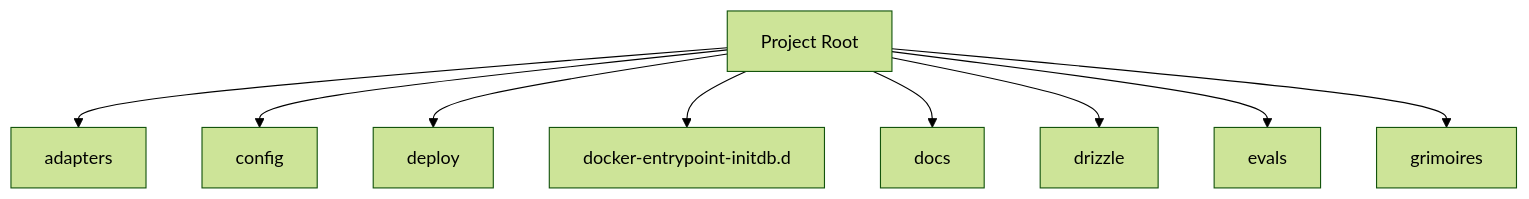
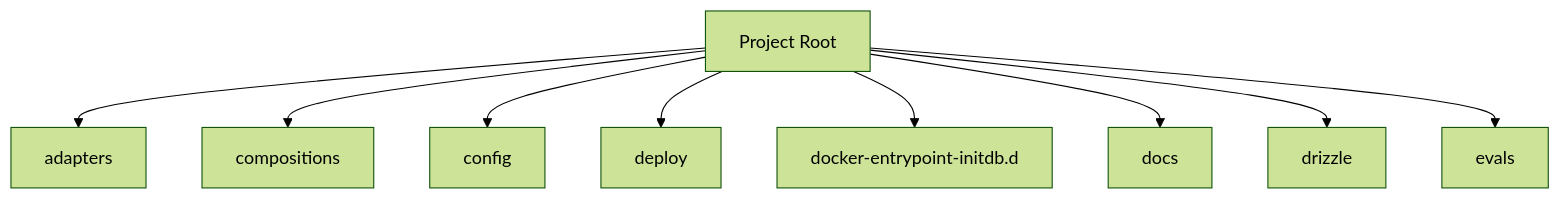
Before and after one commit to 0xHoneyJar/loa-finn: the diagram in BUTTERFREEZONE.md, drawn with Mermaid (forest theme). The commit also changed other lines of this file and 80 other files, not shown here.

````diff
--- a/BUTTERFREEZONE.md
+++ b/BUTTERFREEZONE.md
@@ -57,20 +56,20 @@
 ```mermaid
 graph TD
     adapters[adapters]
+    compositions[compositions]
     config[config]
     deploy[deploy]
     docker_entrypoint_initdb_d[docker-entrypoint-initdb.d]
     docs[docs]
     drizzle[drizzle]
     evals[evals]
-    grimoires[grimoires]
     Root[Project Root]
     Root --> adapters
+    Root --> compositions
     Root --> config
     Root --> deploy
     Root --> docker_entrypoint_initdb_d
     Root --> docs
     Root --> drizzle
     Root --> evals
-    Root --> grimoires
 ```
````
